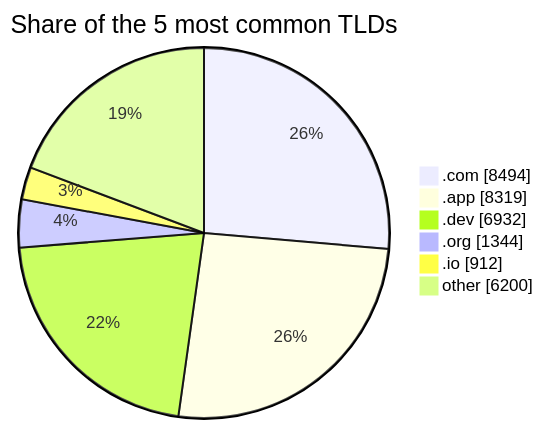
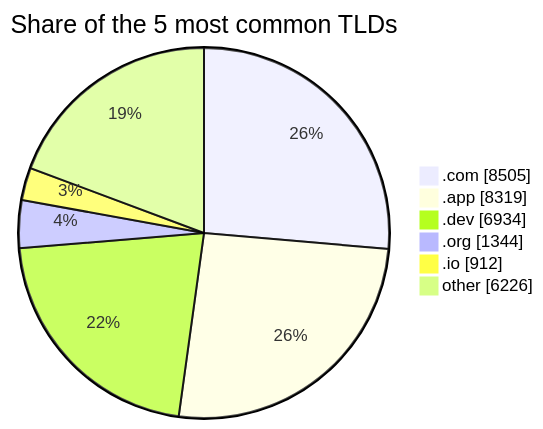
The second of 2 diagrams in README.md (DNSBunker/CTI), drawn with Mermaid before and after one commit. The commit also changed other lines of this file and 3 other files, not shown here.

````diff
--- a/README.md
+++ b/README.md
@@ -72,9 +72,9 @@
 ```mermaid
 pie showData title Share of the 5 most common TLDs
-    ".com" : 8494
+    ".com" : 8505
     ".app" : 8319
-    ".dev" : 6932
+    ".dev" : 6934
     ".org" : 1344
     ".io" : 912
-    "other" : 6200
+    "other" : 6226
 ```
````
